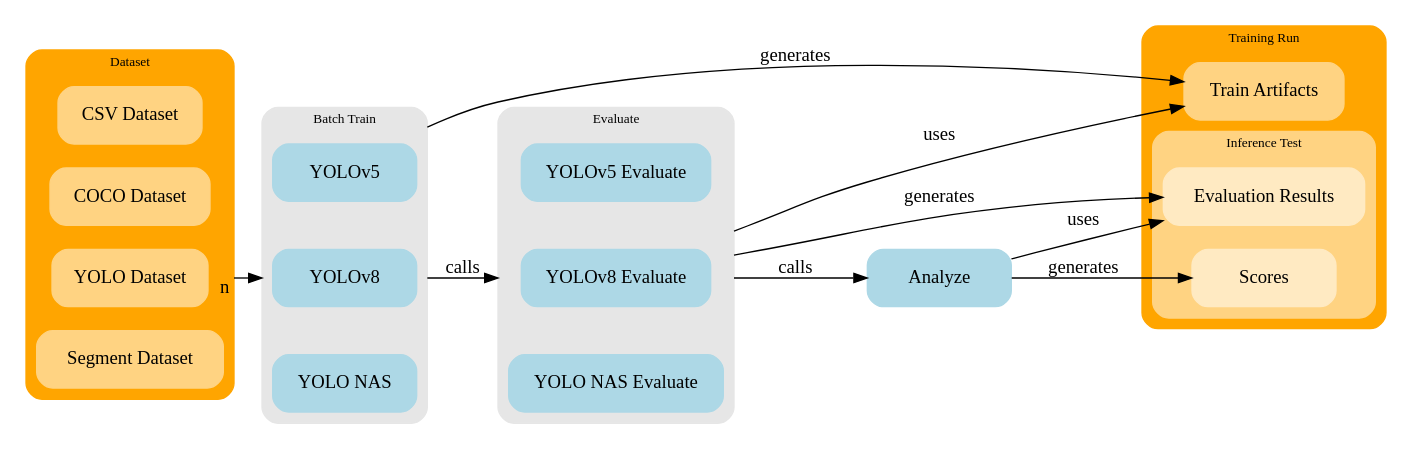
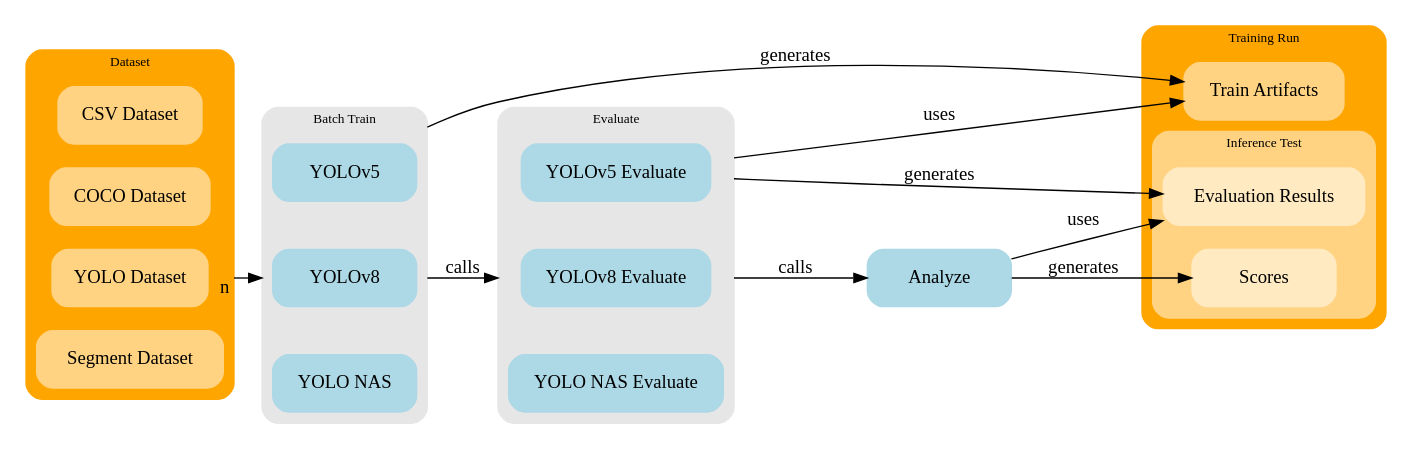
Before and after one commit to jnccd/crystal-marker-detection: the diagram in thesis/assets/graph/arch_train.dot, drawn with Graphviz.

Commit message:
Improve arch train edges

```diff
--- a/thesis/assets/graph/arch_train.dot
+++ b/thesis/assets/graph/arch_train.dot
@@ -1,78 +1,78 @@
 digraph arch {
     rankdir=LR
     node [shape=box style="filled,rounded" width=1.5 height=0.6];
     graph [fontsize=10 compound=true];
 
     Analyze [color=lightblue]
 
     subgraph cluster_dataset {
         graph [style="filled,rounded", color=orange]
         label = "Dataset";
 
         CSV [color="#ffd382" label="CSV Dataset"]
         COCO [color="#ffd382" label="COCO Dataset"]
         YOLO [color="#ffd382" label="YOLO Dataset"]
         Segmentation [color="#ffd382" label="Segment Dataset"]
         #Pet [color="#ffd382" label="Pet Dataset"]
         #SegPet [color="#ffd382" label="SegPet Dataset"]
     }
 
     subgraph cluster_BatchTrain {
         graph [style="filled,rounded", color="#e6e6e6"]
         label = "Batch Train";
 
         YOLOv5 [color=lightblue] 
         YOLOv8 [color=lightblue]
         YOLONAS [color=lightblue, label="YOLO NAS"]
         
         {
             rank = same;
             YOLONAS -> YOLOv8 -> YOLOv5 [style=invis]
         }
     }
 
     subgraph cluster_Evaluate {
         graph [style="filled,rounded", color="#e6e6e6"]
         label = "Evaluate";
 
         YOLOv5_eva [color=lightblue, label="YOLOv5 Evaluate"] 
         YOLOv8_eva [color=lightblue, label="YOLOv8 Evaluate"]
         YOLONAS_eva [color=lightblue, label="YOLO NAS Evaluate"]
         
         {
             rank = same;
             YOLONAS_eva -> YOLOv8_eva -> YOLOv5_eva [style=invis]
         }
     }
 
     subgraph cluster_TrainArtifacts {
         graph [style="filled,rounded", color="orange"]
         label = "Training Run"
 
         TrainArtifacts [color="#ffd382", label="Train Artifacts"]
         
         subgraph cluster_Test {
             graph [color="#ffd382"]
             label = "Inference Test"
             EvalRes [color="#ffeac2", label="Evaluation Results"]
             Scores [color="#ffeac2", label="Scores"]
         }
         
         {
             rank = same;
             #InferenceTest -> TrainArtifacts [style=invis]
         }
     }
     
     YOLO -> YOLOv8 [taillabel=" n", ltail=cluster_dataset, lhead=cluster_BatchTrain, minlen=1]
 
     YOLOv8 -> YOLOv8_eva [weight=3, label="calls", ltail=cluster_BatchTrain, lhead=cluster_Evaluate]
     YOLOv5 -> TrainArtifacts [label="generates", ltail=cluster_BatchTrain]
 
     YOLOv8_eva -> Analyze [weight=3, label="calls", ltail=cluster_Evaluate]
-    YOLOv8_eva -> TrainArtifacts [weight=0, label="uses", ltail=cluster_Evaluate]
-    YOLOv8_eva -> EvalRes [weight=0, label="generates", ltail=cluster_Evaluate]
+    YOLOv5_eva -> TrainArtifacts [weight=0, label="uses", ltail=cluster_Evaluate]
+    YOLOv5_eva -> EvalRes [weight=0, label="generates", ltail=cluster_Evaluate]
 
     Analyze -> EvalRes [weight=0, label="uses"]
     Analyze -> Scores [weight=3, label="generates"]
 }
```
